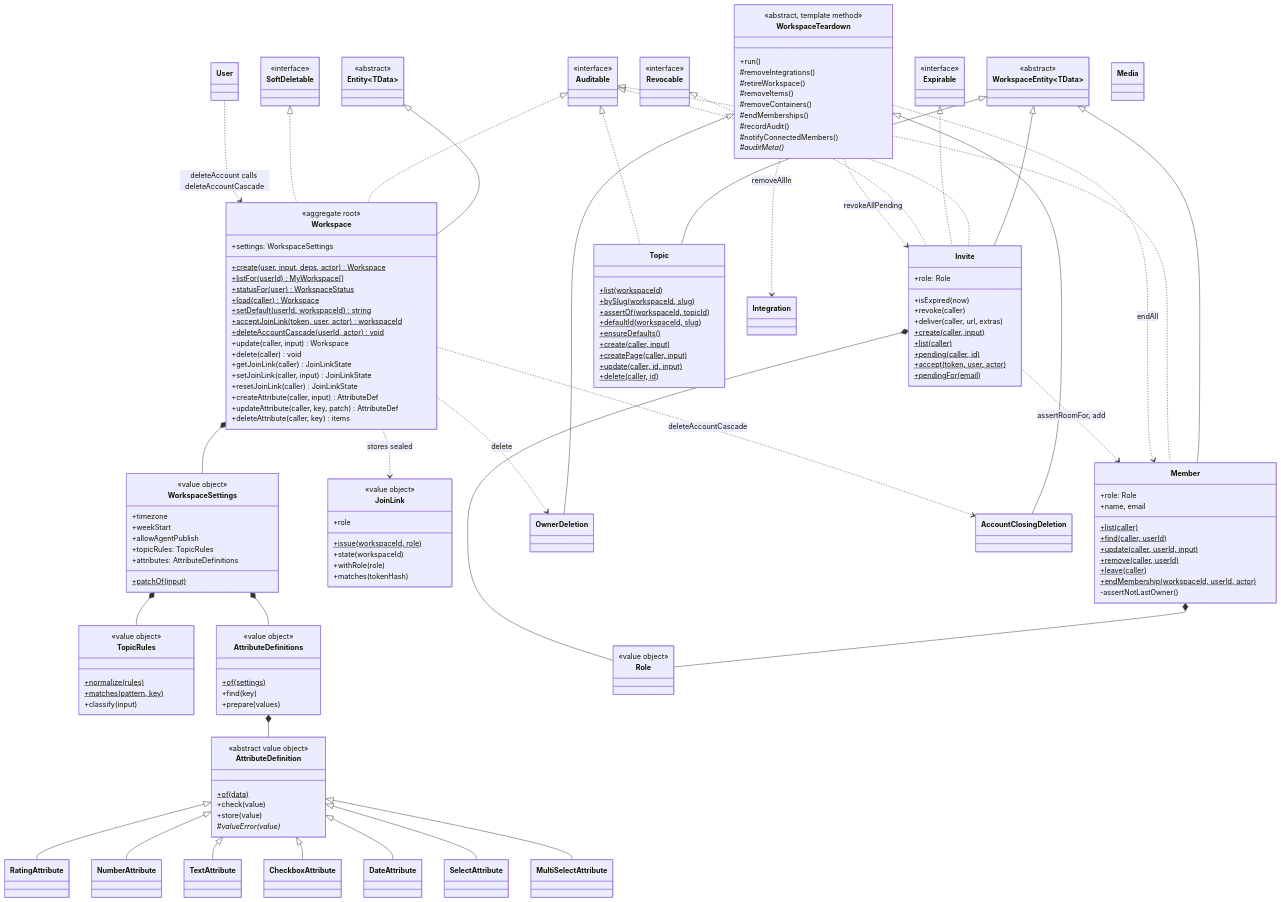
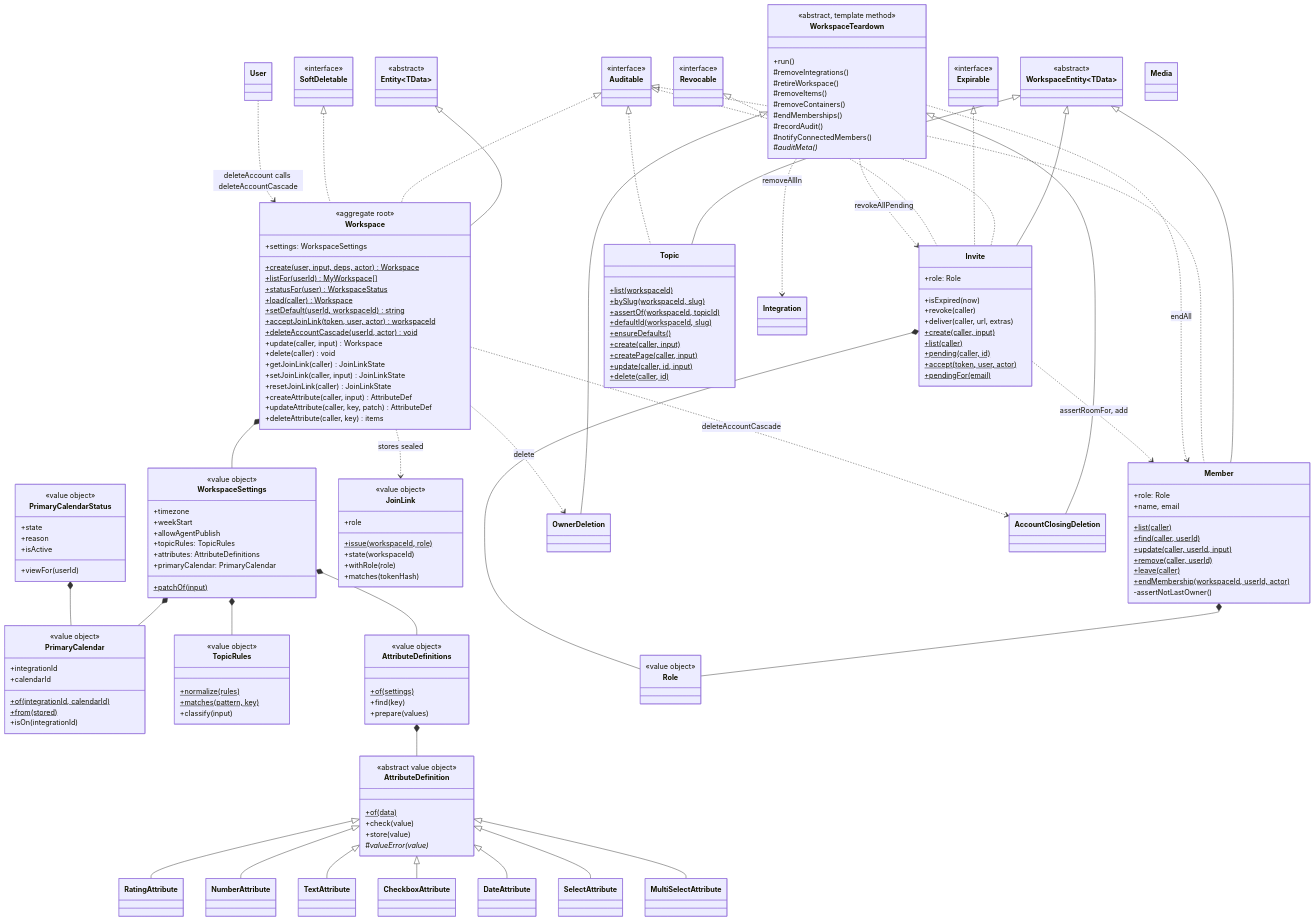
Before and after one commit to shalev396/ToDoList: the fifth of 7 diagrams in docs/design/CLASSES.md, drawn with Mermaid. The commit also changed other lines of this file, not shown here.

Commit message:
docs: CLASSES.md records the calendar phase: primary calendar, push rule, plannedAt, clean-up, connector scopes

```diff
--- a/docs/design/CLASSES.md
+++ b/docs/design/CLASSES.md
@@ -1180,7 +1186,23 @@
     +allowAgentPublish
     +topicRules: TopicRules
     +attributes: AttributeDefinitions
+    +primaryCalendar: PrimaryCalendar
     +patchOf(input)$
+  }
+  class PrimaryCalendar {
+    <<value object>>
+    +integrationId
+    +calendarId
+    +of(integrationId, calendarId)$
+    +from(stored)$
+    +isOn(integrationId)
+  }
+  class PrimaryCalendarStatus {
+    <<value object>>
+    +state
+    +reason
+    +isActive
+    +viewFor(userId)
   }
   class JoinLink {
     <<value object>>
@@ -1213,6 +1235,8 @@
   Workspace ..> JoinLink : stores sealed
   WorkspaceSettings *-- TopicRules
   WorkspaceSettings *-- AttributeDefinitions
+  WorkspaceSettings *-- PrimaryCalendar
+  PrimaryCalendarStatus *-- PrimaryCalendar
   AttributeDefinitions *-- AttributeDefinition
   AttributeDefinition <|-- RatingAttribute
   AttributeDefinition <|-- NumberAttribute
@@ -1310,6 +1334,8 @@
   class Integration:::built
   class Workspace:::built
   class WorkspaceSettings:::built
+  class PrimaryCalendar:::built
+  class PrimaryCalendarStatus:::built
   class JoinLink:::built
   class TopicRules:::built
   class AttributeDefinitions:::built
```
